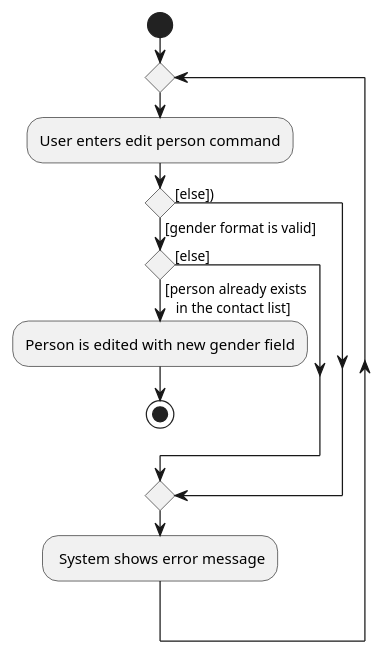
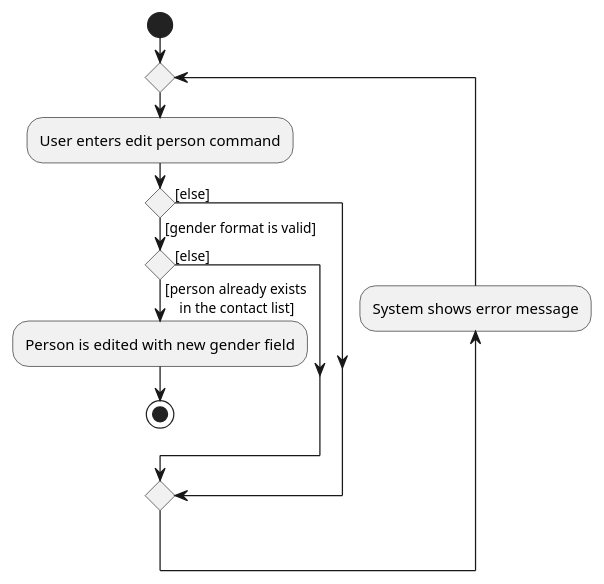
The diagram in docs/diagrams/EditPersonActivityDiagram.puml (nus-cs2103-AY2223S1/tp), drawn with PlantUML before and after one commit. The commit also changed other lines of this file and 1 other file, not shown here.

```diff
--- a/docs/diagrams/EditPersonActivityDiagram.puml
+++ b/docs/diagrams/EditPersonActivityDiagram.puml
@@ -1,16 +1,16 @@
 @startuml
 start
 repeat
 :User enters edit person command;
   if () then ([gender format is valid])
     if () then ([person already exists
-   in the contact list])
+    in the contact list])
       :Person is edited with new gender field;
       stop
     else ([else])
     endif
-  else ([else]))
+  else ([else])
   endif
-: System shows error message;
+backward :System shows error message;
 repeat while;
 @enduml
```
